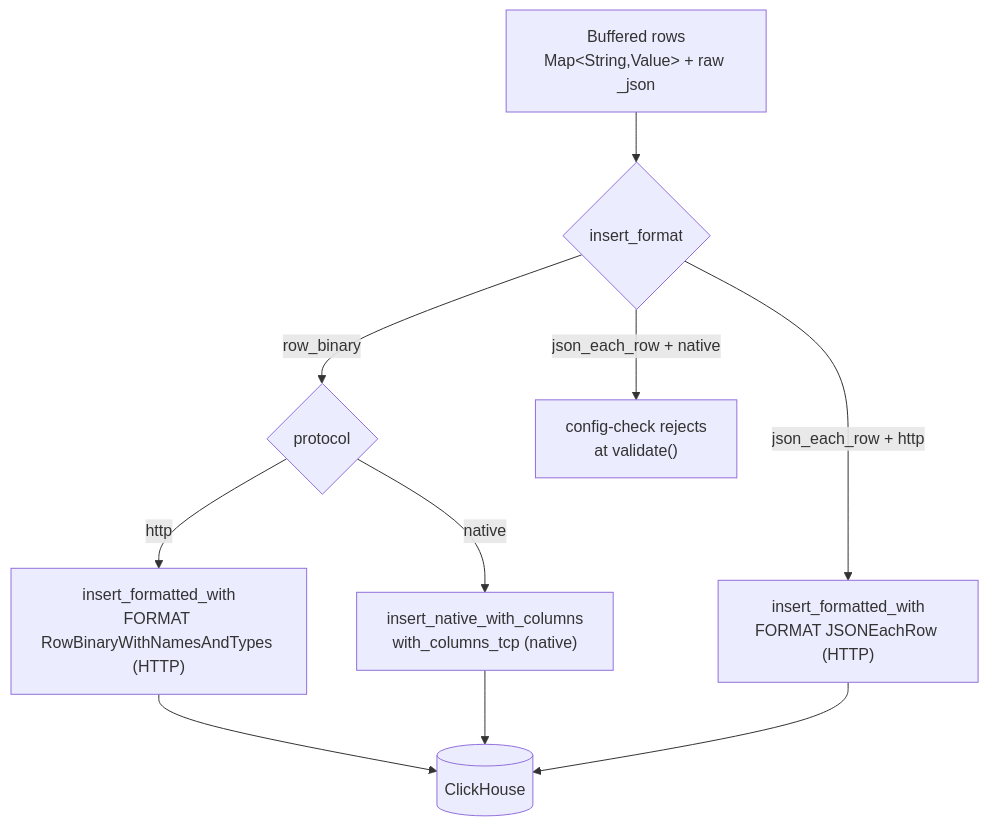
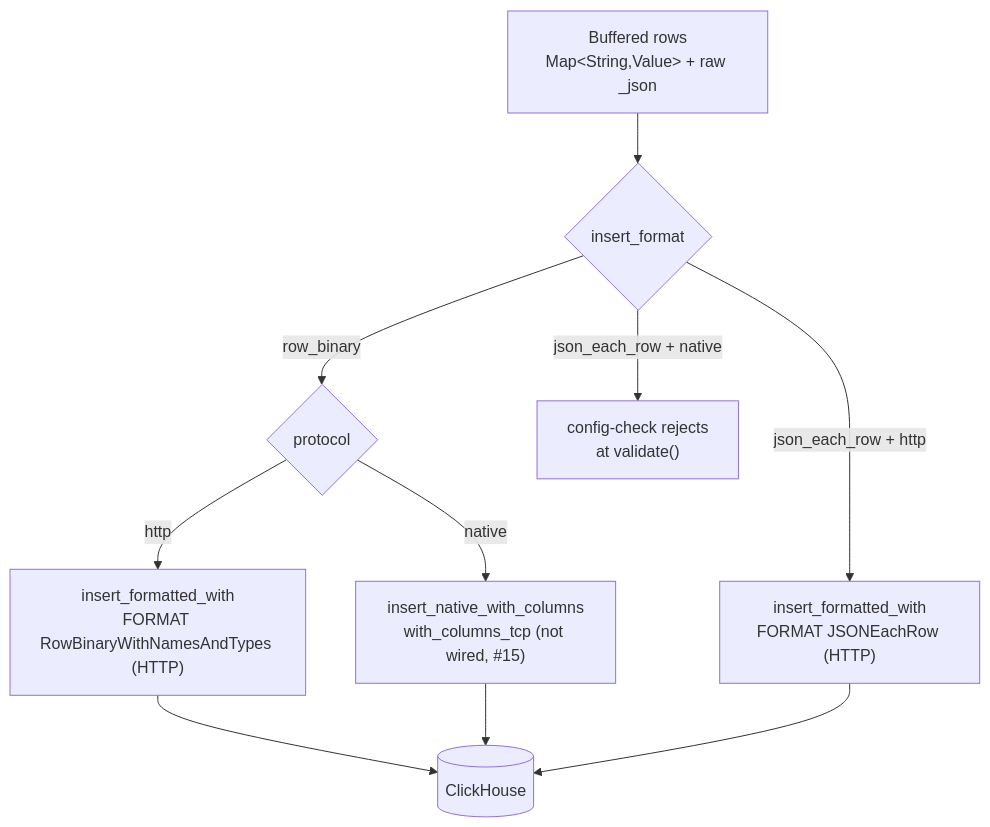
The diagram in docs/clickhouse/INSERT-FORMATS.md (hyperi-io/dfe-loader), drawn with Mermaid before and after one commit. The commit also changed other lines of this file and 11 other files, not shown here.

````diff
--- a/docs/clickhouse/INSERT-FORMATS.md
+++ b/docs/clickhouse/INSERT-FORMATS.md
@@ -22,18 +23,18 @@
 ```mermaid
 flowchart TB
     ROW["Buffered rows<br/>Map&lt;String,Value&gt; + raw _json"]
     F{"insert_format"}
     T{"protocol"}
     RBH["insert_formatted_with<br/>FORMAT RowBinaryWithNamesAndTypes (HTTP)"]
-    RBT["insert_native_with_columns<br/>with_columns_tcp (native)"]
+    RBT["insert_native_with_columns<br/>with_columns_tcp (not wired, #15)"]
     JE["insert_formatted_with<br/>FORMAT JSONEachRow (HTTP)"]
     REJ["config-check rejects<br/>at validate()"]
     CH[("ClickHouse")]
 
     ROW --> F
     F -->|row_binary| T
     T -->|http| RBH --> CH
     T -->|native| RBT --> CH
     F -->|json_each_row + http| JE --> CH
     F -->|json_each_row + native| REJ
 ```
````
